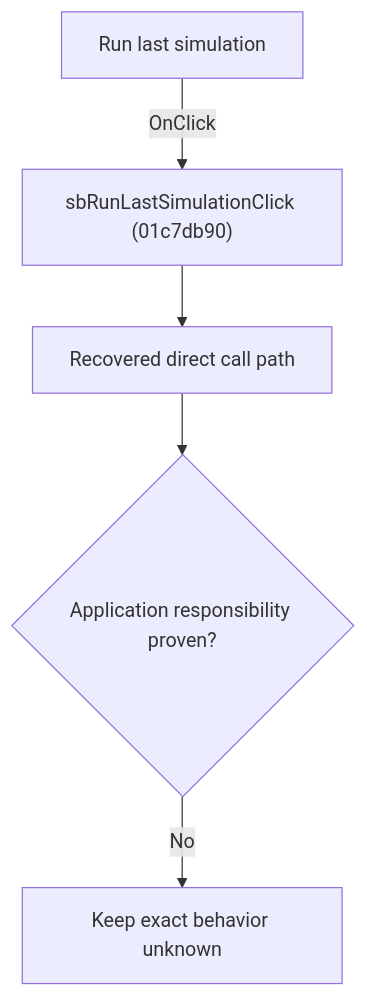
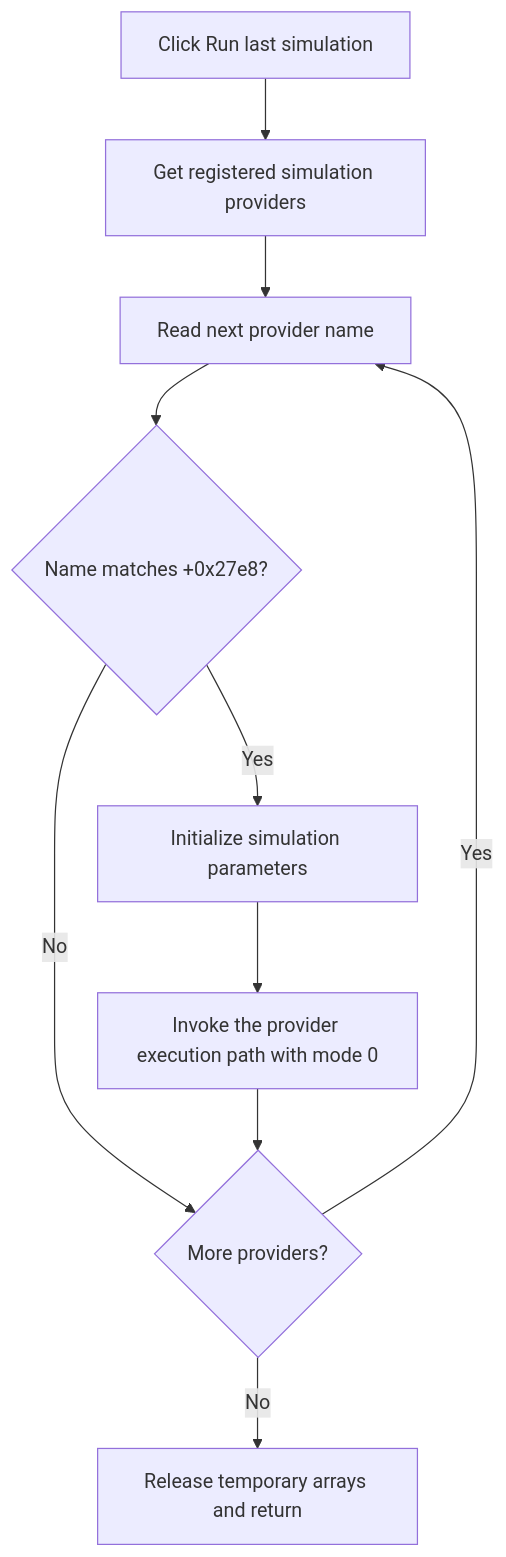
One commit to MovGP0/TIARA changed the diagram in docs/ui-controls/schematiceditor/sbrunlastsimulation-581899363d.md. Above: the diagram before and after it, drawn with Mermaid. The commit also changed other lines of this file and 241 other files, not shown here.

````diff
--- a/docs/ui-controls/schematiceditor/sbrunlastsimulation-581899363d.md
+++ b/docs/ui-controls/schematiceditor/sbrunlastsimulation-581899363d.md
@@ -27,7 +27,12 @@
 ```mermaid
 flowchart TD
-    control["Run last simulation"] -->|"OnClick"| handler["sbRunLastSimulationClick (01c7db90)"]
-    handler --> recovered["Recovered direct call path"]
-    recovered --> gap{"Application responsibility proven?"}
-    gap -->|"No"| blocked["Keep exact behavior unknown"]
+    control["Click Run last simulation"] --> providers["Get registered simulation providers"]
+    providers --> next["Read next provider name"]
+    next --> match{"Name matches +0x27e8?"}
+    match -->|"No"| more{"More providers?"}
+    match -->|"Yes"| parameters["Initialize simulation parameters"]
+    parameters --> run["Invoke the provider execution path with mode 0"]
+    run --> more
+    more -->|"Yes"| next
+    more -->|"No"| done["Release temporary arrays and return"]
 ```
````
